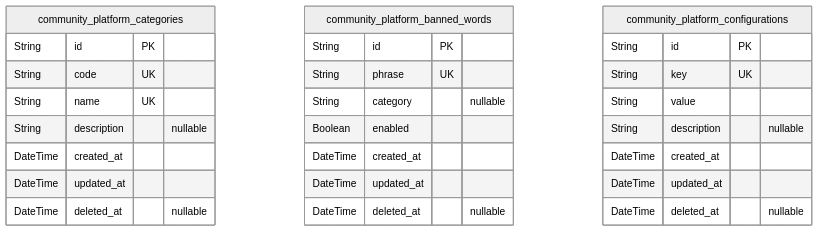
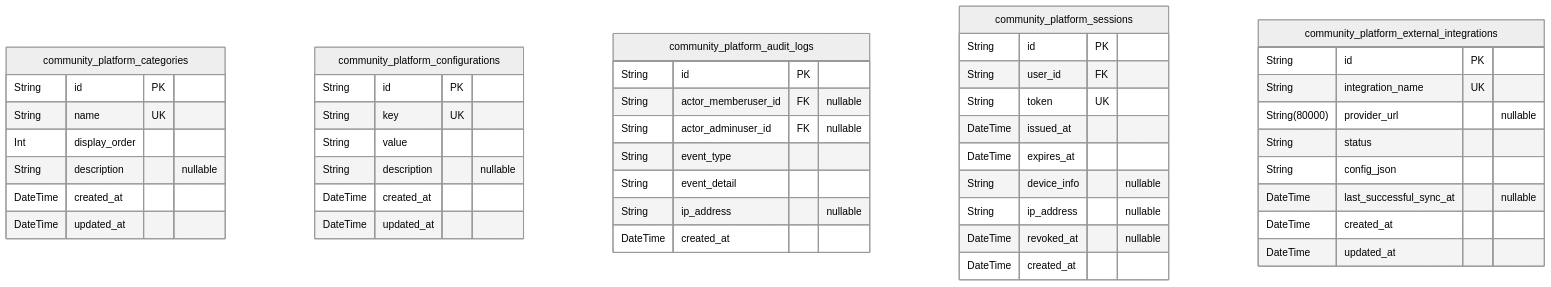
One commit to wrtnlabs/autobe-example-reddit-openai-gpt-4.1 changed the first of 6 diagrams in docs/ERD.md. Above: the diagram before and after it, drawn with Mermaid (neutral theme). The commit also changed other lines of this file and 820 other files, not shown here.

````diff
--- a/docs/ERD.md
+++ b/docs/ERD.md
@@ -17,30 +14,49 @@
 ```mermaid
 erDiagram
 "community_platform_categories" {
   String id PK
-  String code UK
   String name UK
+  Int display_order
   String description "nullable"
   DateTime created_at
   DateTime updated_at
-  DateTime deleted_at "nullable"
-}
-"community_platform_banned_words" {
-  String id PK
-  String phrase UK
-  String category "nullable"
-  Boolean enabled
-  DateTime created_at
-  DateTime updated_at
-  DateTime deleted_at "nullable"
 }
 "community_platform_configurations" {
   String id PK
   String key UK
   String value
   String description "nullable"
   DateTime created_at
   DateTime updated_at
-  DateTime deleted_at "nullable"
+}
+"community_platform_audit_logs" {
+  String id PK
+  String actor_memberuser_id FK "nullable"
+  String actor_adminuser_id FK "nullable"
+  String event_type
+  String event_detail
+  String ip_address "nullable"
+  DateTime created_at
+}
+"community_platform_sessions" {
+  String id PK
+  String user_id FK
+  String token UK
+  DateTime issued_at
+  DateTime expires_at
+  String device_info "nullable"
+  String ip_address "nullable"
+  DateTime revoked_at "nullable"
+  DateTime created_at
+}
+"community_platform_external_integrations" {
+  String id PK
+  String integration_name UK
+  String(80000) provider_url "nullable"
+  String status
+  String config_json
+  DateTime last_successful_sync_at "nullable"
+  DateTime created_at
+  DateTime updated_at
 }
 ```
````
